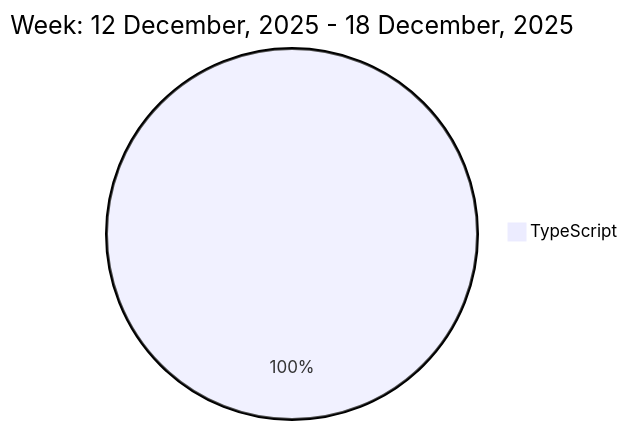
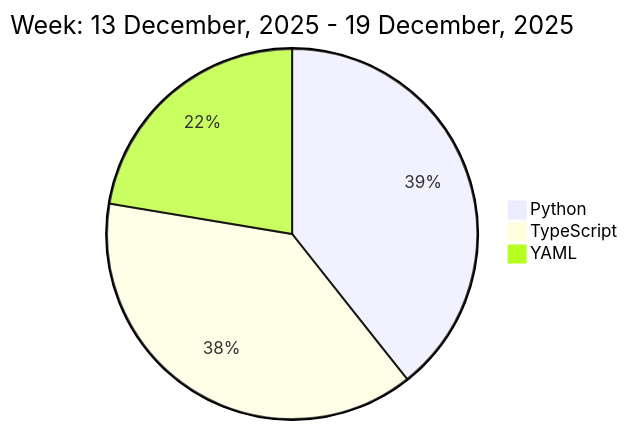
The diagram in README.md (liubin95/liubin95), drawn with Mermaid before and after one commit.

Commit message:
Updated the Graph with new Metrics

````diff
--- a/README.md
+++ b/README.md
@@ -37,5 +37,7 @@
 ```mermaid
  pie
-title Week: 12 December, 2025 - 18 December, 2025
- "TypeScript" : 3.5
+title Week: 13 December, 2025 - 19 December, 2025
+ "Python" : 3.78
+ "TypeScript" : 3.68
+ "YAML" : 2.15
 ```
````
